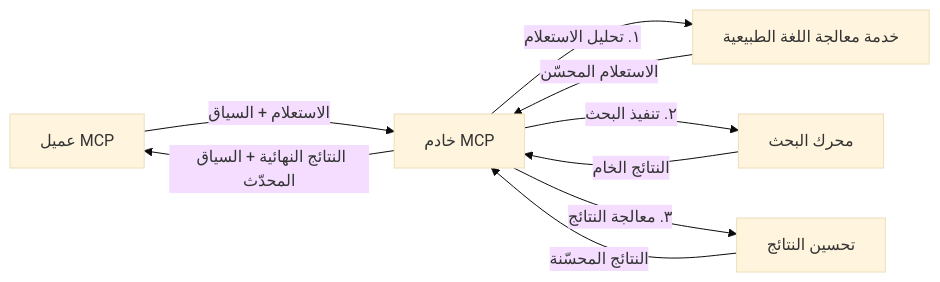
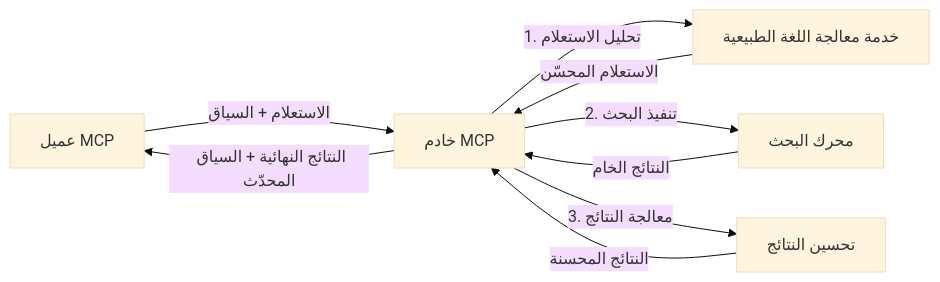
One commit to microsoft/mcp-for-beginners changed the fourth of 4 diagrams in translations/ar/05-AdvancedTopics/mcp-realtimesearch/README.md. Above: the diagram before and after it, drawn with Mermaid (base theme). The commit also changed other lines of this file and 136 other files, not shown here.

````diff
--- a/translations/ar/05-AdvancedTopics/mcp-realtimesearch/README.md
+++ b/translations/ar/05-AdvancedTopics/mcp-realtimesearch/README.md
@@ -627,11 +628,11 @@
 ```mermaid
 graph LR
     Client[عميل MCP] --> |الاستعلام + السياق| Server[خادم MCP]
-    Server --> |١. تحليل الاستعلام| NLP[خدمة معالجة اللغة الطبيعية]
+    Server --> |1. تحليل الاستعلام| NLP[خدمة معالجة اللغة الطبيعية]
     NLP --> |الاستعلام المحسّن| Server
-    Server --> |٢. تنفيذ البحث| Search[محرك البحث]
+    Server --> |2. تنفيذ البحث| Search[محرك البحث]
     Search --> |النتائج الخام| Server
-    Server --> |٣. معالجة النتائج| Enhancement[تحسين النتائج]
-    Enhancement --> |النتائج المحسّنة| Server
+    Server --> |3. معالجة النتائج| Enhancement[تحسين النتائج]
+    Enhancement --> |النتائج المحسنة| Server
     Server --> |النتائج النهائية + السياق المحدّث| Client
 ```
````
